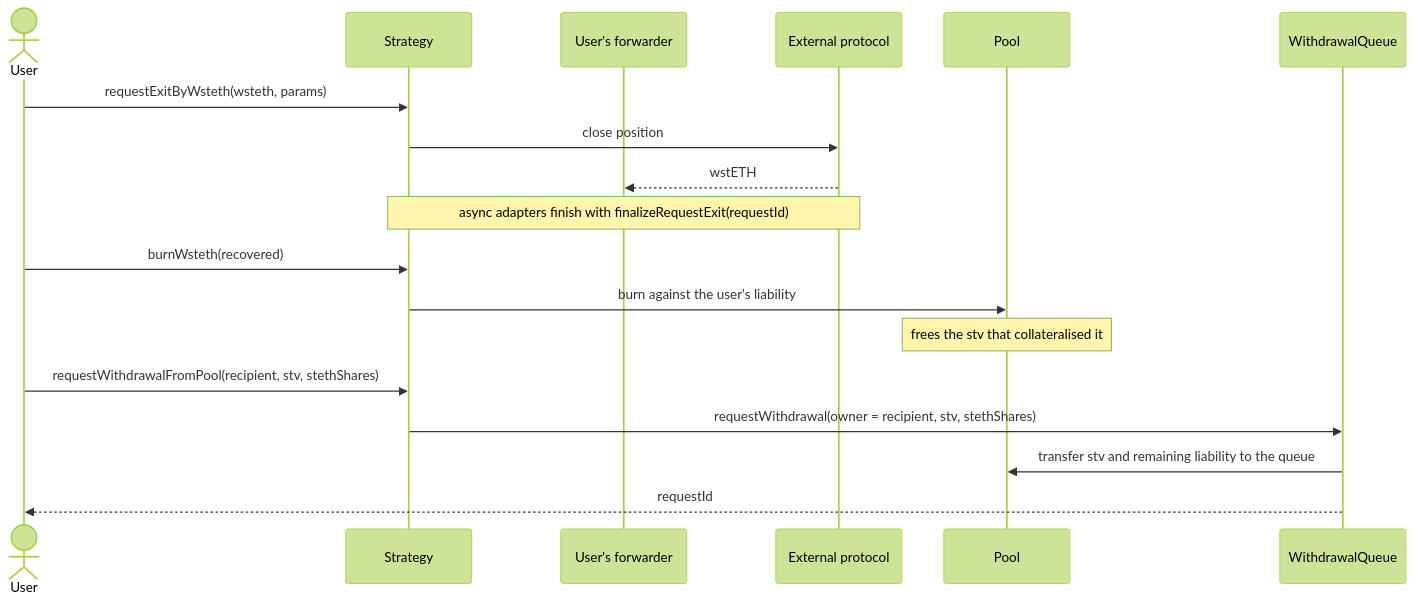
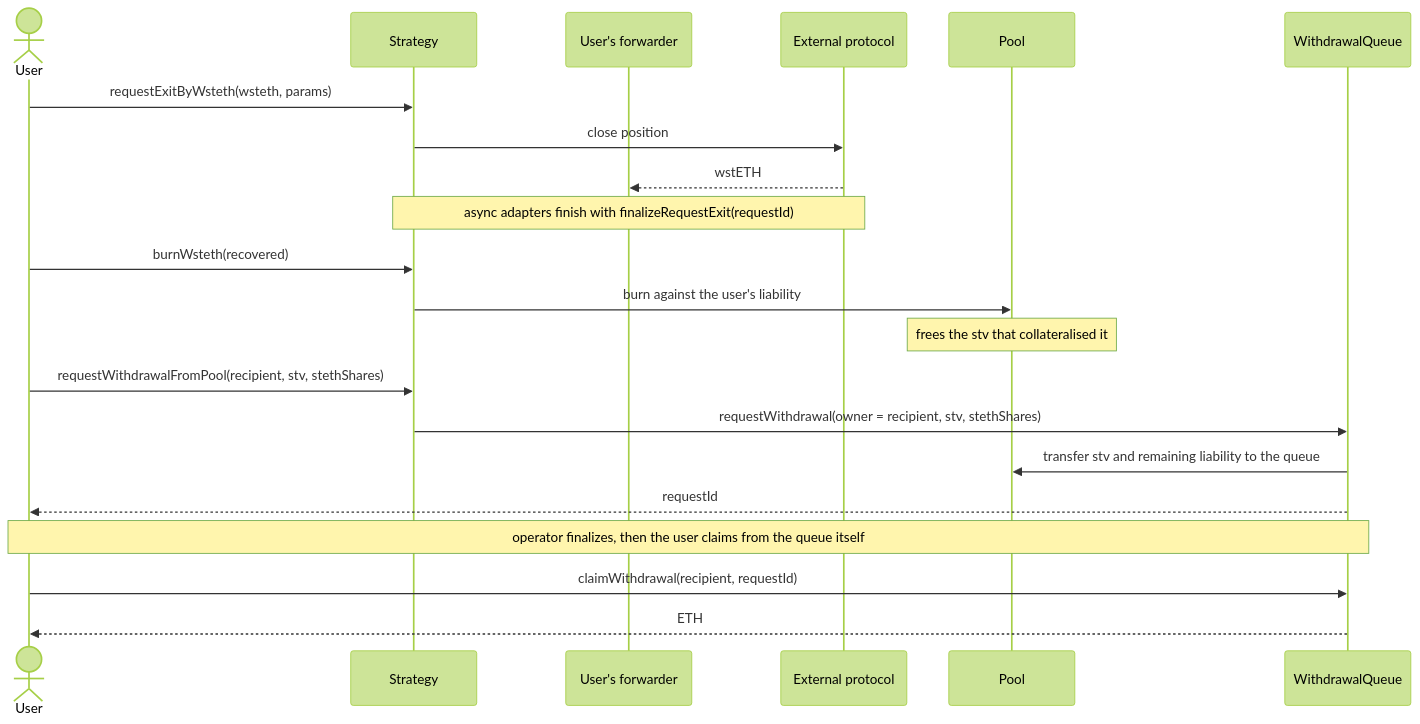
One commit to lidofinance/docs changed the fifth of 5 diagrams in run-on-lido/stvaults-new/concepts-and-reference/defi-wrapper-technical-design.md. Above: the diagram before and after it, drawn with Mermaid (forest theme). The commit also changed other lines of this file, not shown here.

````diff
--- a/run-on-lido/stvaults-new/concepts-and-reference/defi-wrapper-technical-design.md
+++ b/run-on-lido/stvaults-new/concepts-and-reference/defi-wrapper-technical-design.md
@@ -429,23 +494,27 @@
 ```mermaid
 sequenceDiagram
     actor User
     participant S as Strategy
     participant F as User's forwarder
     participant E as External protocol
     participant Pool
     participant WQ as WithdrawalQueue
 
     User ->> S: requestExitByWsteth(wsteth, params)
     S ->> E: close position
     E -->> F: wstETH
     Note over S,E: async adapters finish with finalizeRequestExit(requestId)
 
     User ->> S: burnWsteth(recovered)
     S ->> Pool: burn against the user's liability
     Note over Pool: frees the stv that collateralised it
 
     User ->> S: requestWithdrawalFromPool(recipient, stv, stethShares)
     S ->> WQ: requestWithdrawal(owner = recipient, stv, stethShares)
     WQ ->> Pool: transfer stv and remaining liability to the queue
     WQ -->> User: requestId
+
+    Note over User,WQ: operator finalizes, then the user claims from the queue itself
+    User ->> WQ: claimWithdrawal(recipient, requestId)
+    WQ -->> User: ETH
 ```
````
